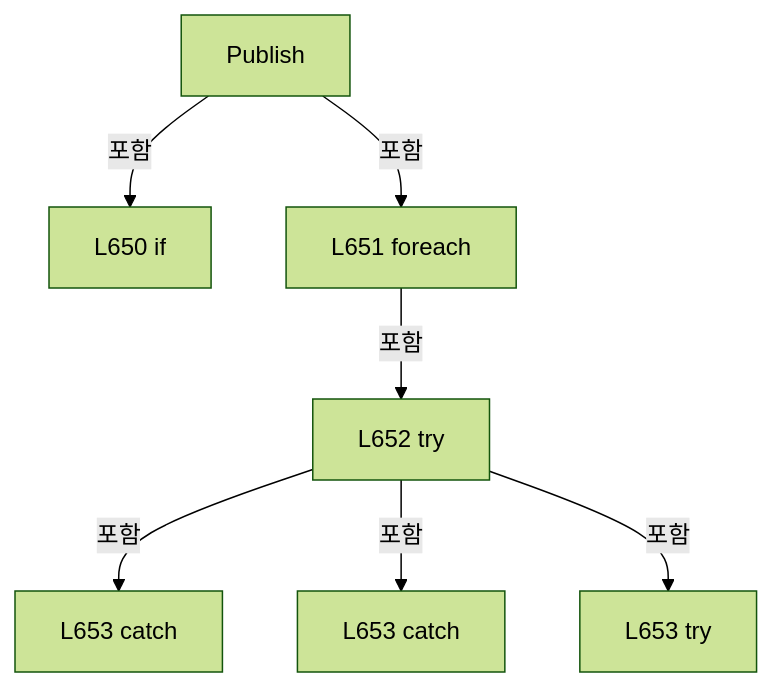
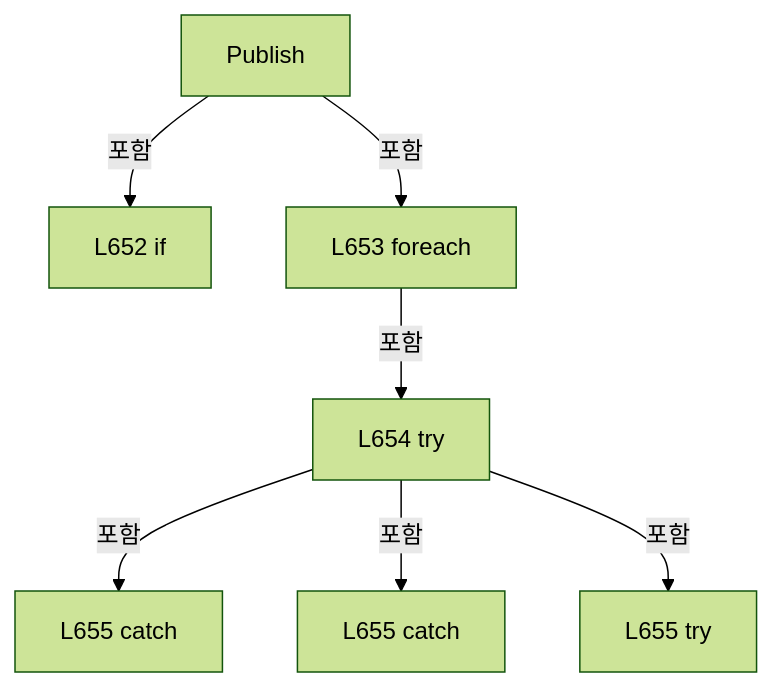
Diagram 21 of 21 in A3 LD Code Ref/files/Drilling.Common/Alarm/CAlarmManager.cs.md (kjuws10-rgb/Shared), drawn with Mermaid (forest theme) before and after one commit. The commit also changed other lines of this file and 2071 other files, not shown here.

Commit message:
docs(a3): update 11.19.0 architecture and code reference

````diff
--- a/A3 LD Code Ref/files/Drilling.Common/Alarm/CAlarmManager.cs.md
+++ b/A3 LD Code Ref/files/Drilling.Common/Alarm/CAlarmManager.cs.md
@@ -3463,16 +3463,16 @@
 ```mermaid
 flowchart TD
  M["Publish"]
- N0["L650 if"]
+ N0["L652 if"]
  M -->|포함| N0
- N1["L651 foreach"]
+ N1["L653 foreach"]
  M -->|포함| N1
- N2["L652 try"]
+ N2["L654 try"]
  N1 -->|포함| N2
- N3["L653 catch"]
+ N3["L655 catch"]
  N2 -->|포함| N3
- N4["L653 catch"]
+ N4["L655 catch"]
  N2 -->|포함| N4
- N5["L653 try"]
+ N5["L655 try"]
  N2 -->|포함| N5
 ```
````
